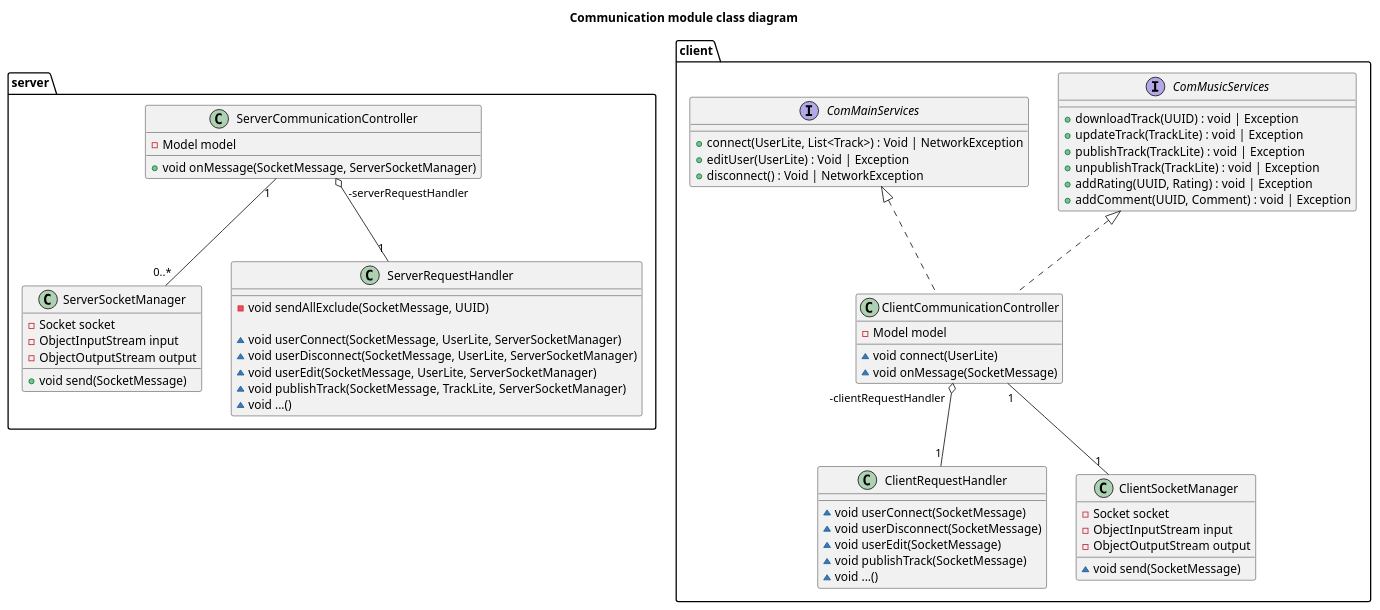
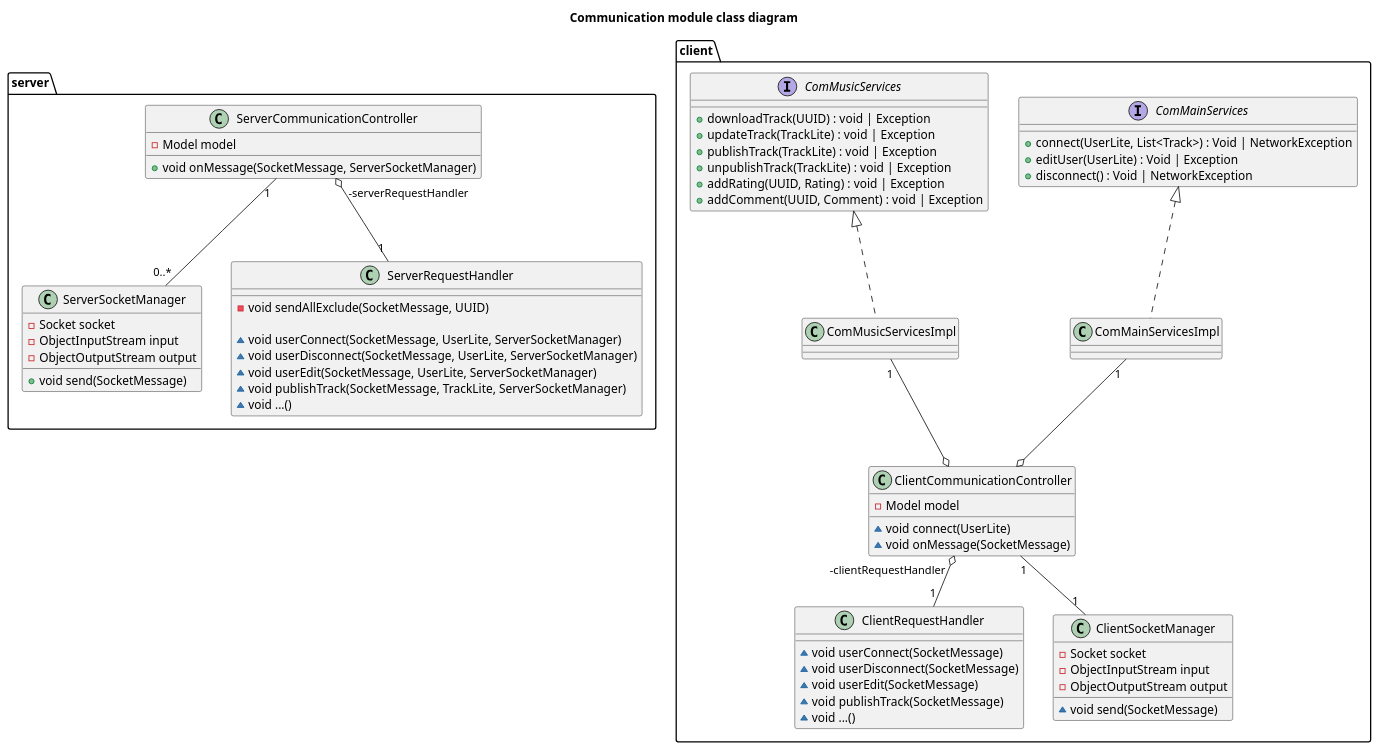
Before and after one commit to UTCAI12/Diagrams: the diagram in class/communication.puml, drawn with PlantUML.

Commit message:
new "xxImpl" classes. Controller no longer implements all interfaces

```diff
--- a/class/communication.puml
+++ b/class/communication.puml
@@ -1,75 +1,84 @@
 @startuml Communication module class diagram
 title Communication module class diagram
 
 package server {
     class ServerCommunicationController {
         - Model model
         + void onMessage(SocketMessage, ServerSocketManager)
     }
 
     class ServerSocketManager {
         - Socket socket
         - ObjectInputStream input
         - ObjectOutputStream output
 
         + void send(SocketMessage)
     }
 
     class ServerRequestHandler {
         - void sendAllExclude(SocketMessage, UUID)
 
         ~ void userConnect(SocketMessage, UserLite, ServerSocketManager)
         ~ void userDisconnect(SocketMessage, UserLite, ServerSocketManager)
         ~ void userEdit(SocketMessage, UserLite, ServerSocketManager)
         ~ void publishTrack(SocketMessage, TrackLite, ServerSocketManager)
         ~ void ...()
     }
 
     ServerCommunicationController "1" -- "0..*" ServerSocketManager
     ServerCommunicationController "-serverRequestHandler" o-- "    1" ServerRequestHandler
 
 }
 
 package client {
-    class ClientCommunicationController implements ComMusicServices, ComMainServices  {
+    class ClientCommunicationController {
         - Model model
 
         ~ void connect(UserLite)
         ~ void onMessage(SocketMessage)
     } 
 
     class ClientRequestHandler {
         ~ void userConnect(SocketMessage)
         ~ void userDisconnect(SocketMessage)
         ~ void userEdit(SocketMessage)
         ~ void publishTrack(SocketMessage)
         ~ void ...()
     }
 
     interface ComMainServices  {
         + connect(UserLite, List<Track>) : Void | NetworkException
         + editUser(UserLite) : Void | Exception
         + disconnect() : Void | NetworkException
     }
 
     interface ComMusicServices {
         + downloadTrack(UUID) : void | Exception
         + updateTrack(TrackLite) : void | Exception
         + publishTrack(TrackLite) : void | Exception
         + unpublishTrack(TrackLite) : void | Exception
         + addRating(UUID, Rating) : void | Exception
         + addComment(UUID, Comment) : void | Exception
     }
 
+    class ComMainServicesImpl implements ComMainServices {
+    }
+
+    class ComMusicServicesImpl implements ComMusicServices {
+    }
+
     class ClientSocketManager {
         - Socket socket
         - ObjectInputStream input
         - ObjectOutputStream output
 
         ~ void send(SocketMessage)
     }
 
     ClientSocketManager "1" -up- "1" ClientCommunicationController
-    ClientCommunicationController "-clientRequestHandler" o-- "    1" ClientRequestHandler
+    ClientCommunicationController "-clientRequestHandler" o-- "1" ClientRequestHandler
+    ComMainServicesImpl "1" --o ClientCommunicationController
+    ComMusicServicesImpl "1" --o ClientCommunicationController
+    
 }
 @enduml
```
